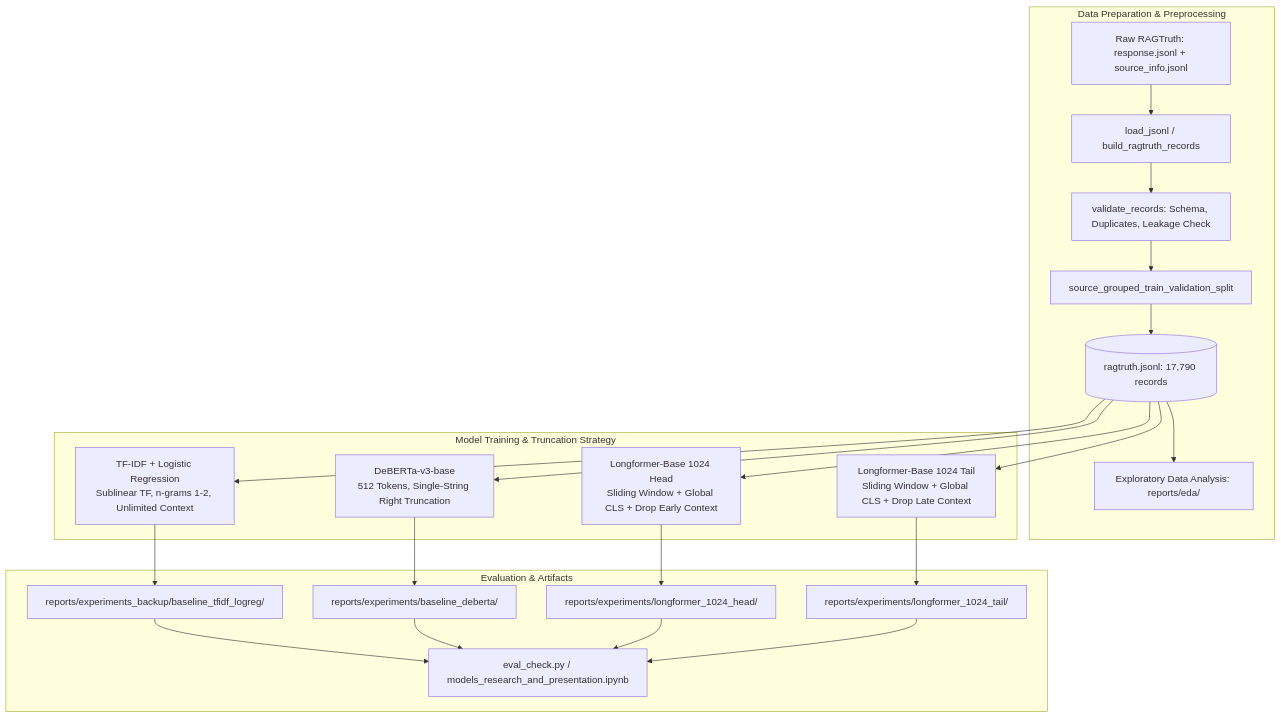
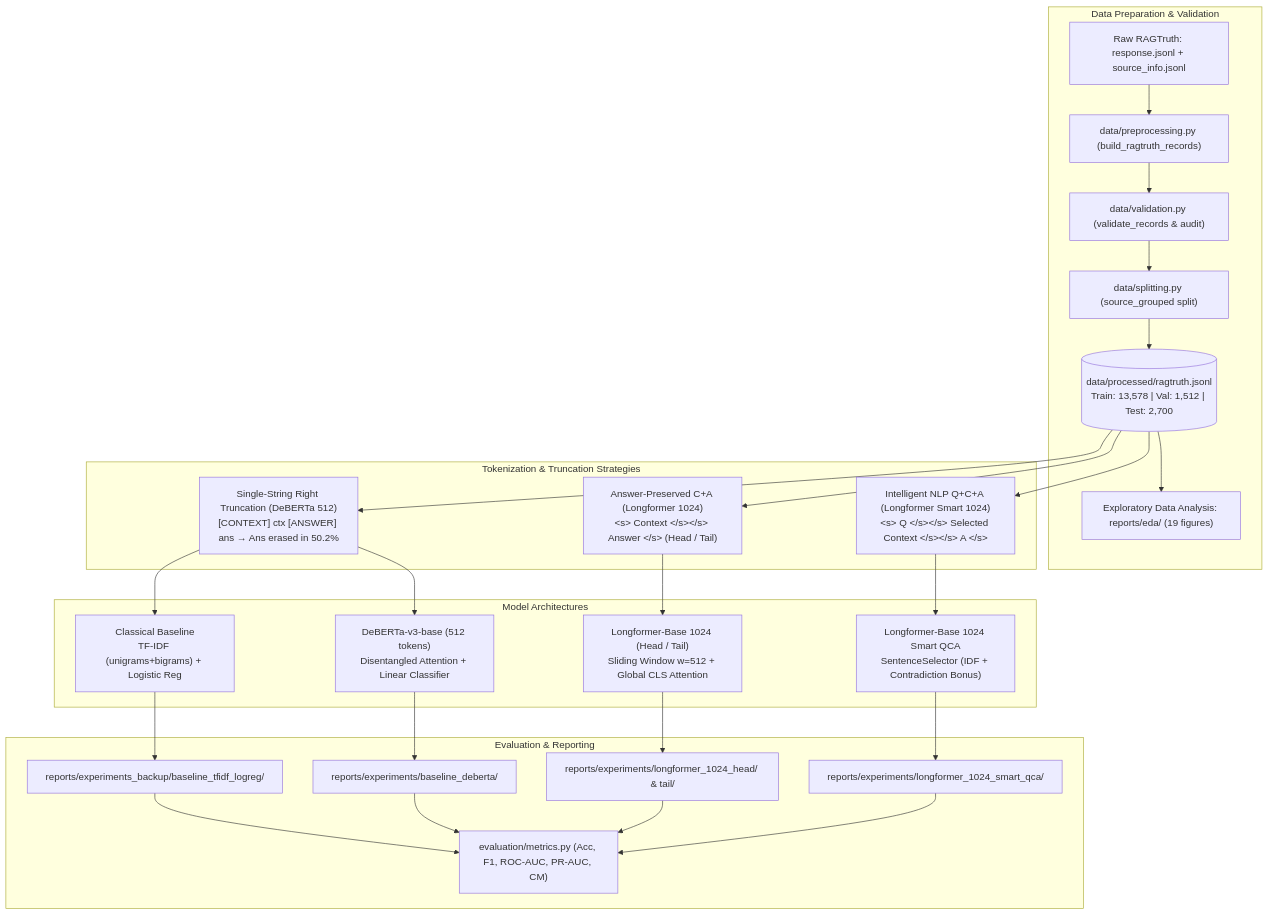
One commit to manichandana19/RobustRAG changed the diagram in README.md. Above: the diagram before and after it, drawn with Mermaid. The commit also changed other lines of this file and 18 other files, not shown here.

Commit message:
Updated Documentation added Longformer Q+C+A ; Added Demo Showcase Notebook.Added important findings ; Succesffully Pushed Models to hugging face and initialized basic streamlit ui

````diff
--- a/README.md
+++ b/README.md
@@ -26,25 +37,31 @@
 ```mermaid
 flowchart TD
-    subgraph Data_Pipeline [Data Preparation & Preprocessing]
-        A[Raw RAGTruth: response.jsonl + source_info.jsonl] --> B[load_jsonl / build_ragtruth_records]
-        B --> C[validate_records: Schema, Duplicates, Leakage Check]
-        C --> D[source_grouped_train_validation_split]
-        D --> E[(ragtruth.jsonl: 17,790 records)]
-        E --> F[Exploratory Data Analysis: reports/eda/]
+    subgraph Data_Pipeline [Data Preparation & Validation]
+        A["Raw RAGTruth: response.jsonl + source_info.jsonl"] --> B["data/preprocessing.py (build_ragtruth_records)"]
+        B --> C["data/validation.py (validate_records & audit)"]
+        C --> D["data/splitting.py (source_grouped split)"]
+        D --> E[("data/processed/ragtruth.jsonl<br/>Train: 13,578 | Val: 1,512 | Test: 2,700")]
+        E --> F["Exploratory Data Analysis: reports/eda/ (19 figures)"]
     end
 
-    subgraph Model_Training [Model Training & Truncation Strategy]
-        E --> M1[TF-IDF + Logistic Regression<br/>Sublinear TF, n-grams 1-2, Unlimited Context]
-        E --> M2[DeBERTa-v3-base<br/>512 Tokens, Single-String Right Truncation]
-        E --> M3[Longformer-Base 1024 Head<br/>Sliding Window + Global CLS + Drop Early Context]
-        E --> M4[Longformer-Base 1024 Tail<br/>Sliding Window + Global CLS + Drop Late Context]
+    subgraph Tokenization_Strategies [Tokenization & Truncation Strategies]
+        E --> T1["Single-String Right Truncation (DeBERTa 512)<br/>[CONTEXT] ctx [ANSWER] ans &rarr; Ans erased in 50.2%"]
+        E --> T2["Answer-Preserved C+A (Longformer 1024)<br/>&lt;s&gt; Context &lt;/s&gt;&lt;/s&gt; Answer &lt;/s&gt; (Head / Tail)"]
+        E --> T3["Intelligent NLP Q+C+A (Longformer Smart 1024)<br/>&lt;s&gt; Q &lt;/s&gt;&lt;/s&gt; Selected Context &lt;/s&gt;&lt;/s&gt; A &lt;/s&gt;"]
     end
 
-    subgraph Evaluation_Comparison [Evaluation & Artifacts]
-        M1 --> R1[reports/experiments_backup/baseline_tfidf_logreg/]
-        M2 --> R2[reports/experiments/baseline_deberta/]
-        M3 --> R3[reports/experiments/longformer_1024_head/]
-        M4 --> R4[reports/experiments/longformer_1024_tail/]
-        R1 & R2 & R3 & R4 --> EV[eval_check.py / models_research_and_presentation.ipynb]
+    subgraph Model_Architectures [Model Architectures]
+        T1 --> M1["Classical Baseline<br/>TF-IDF (unigrams+bigrams) + Logistic Reg"]
+        T1 --> M2["DeBERTa-v3-base (512 tokens)<br/>Disentangled Attention + Linear Classifier"]
+        T2 --> M3["Longformer-Base 1024 (Head / Tail)<br/>Sliding Window w=512 + Global CLS Attention"]
+        T3 --> M4["Longformer-Base 1024 Smart QCA<br/>SentenceSelector (IDF + Contradiction Bonus)"]
+    end
+
+    subgraph Evaluation_Suite [Evaluation & Reporting]
+        M1 --> R1["reports/experiments_backup/baseline_tfidf_logreg/"]
+        M2 --> R2["reports/experiments/baseline_deberta/"]
+        M3 --> R3["reports/experiments/longformer_1024_head/ & tail/"]
+        M4 --> R4["reports/experiments/longformer_1024_smart_qca/"]
+        R1 & R2 & R3 & R4 --> EV["evaluation/metrics.py (Acc, F1, ROC-AUC, PR-AUC, CM)"]
     end
 ```
````
